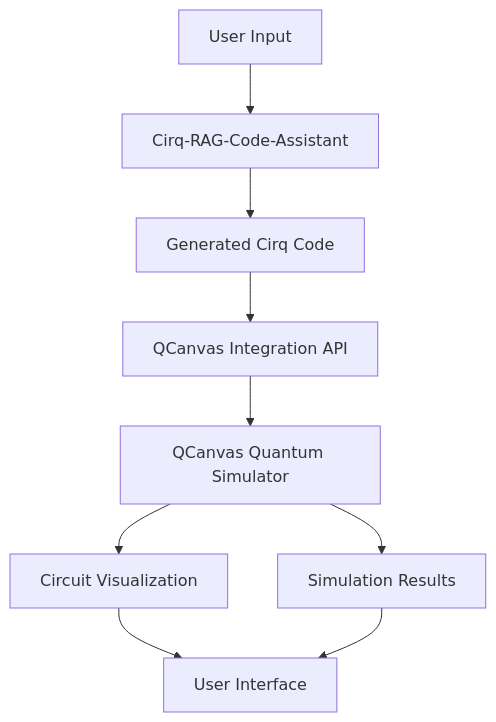
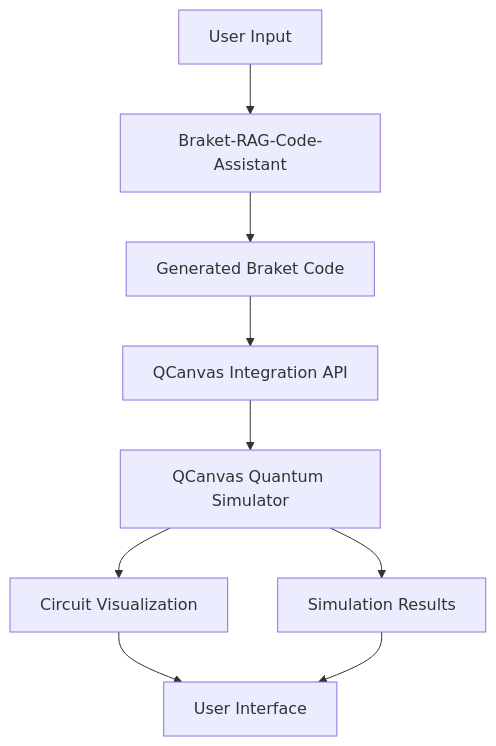
Before and after one commit to Umer-Farooq-CS/Braket-RAG-Code-Assistant: the diagram in docs/integration.md, drawn with Mermaid. The commit also changed other lines of this file and 107 other files, not shown here.

First line of the commit message:
Migrate entire project from Cirq to Amazon Braket

````diff
--- a/docs/integration.md
+++ b/docs/integration.md
@@ -11,11 +11,11 @@
 ```mermaid
 graph TD
-    A[User Input] --> B[Cirq-RAG-Code-Assistant]
-    B --> C[Generated Cirq Code]
+    A[User Input] --> B[Braket-RAG-Code-Assistant]
+    B --> C[Generated Braket Code]
     C --> D[QCanvas Integration API]
     D --> E[QCanvas Quantum Simulator]
     E --> F[Circuit Visualization]
     E --> G[Simulation Results]
     F --> H[User Interface]
     G --> H
 ```
````
